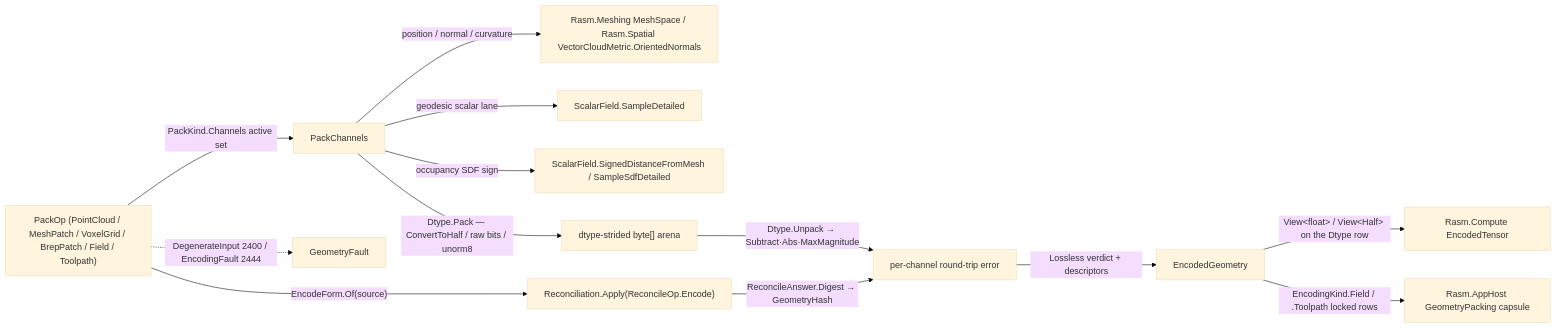
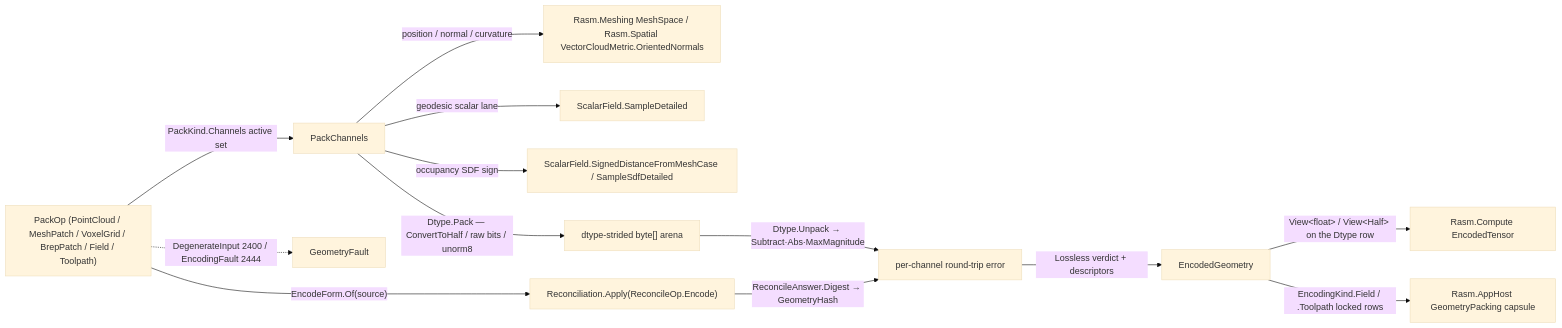
One commit to bsamiee/Rasm changed the diagram in libs/csharp/Rasm/.planning/Drawing/pack.md. Above: the diagram before and after it, drawn with Mermaid (base theme). The commit also changed other lines of this file and 68 other files, not shown here.

````diff
--- a/libs/csharp/Rasm/.planning/Drawing/pack.md
+++ b/libs/csharp/Rasm/.planning/Drawing/pack.md
@@ -489,15 +490,15 @@
 ```mermaid
 flowchart LR
     PackOp["PackOp (PointCloud / MeshPatch / VoxelGrid / BrepPatch / Field / Toolpath)"] -->|PackKind.Channels active set| PackChannels
     PackChannels -->|position / normal / curvature| Kernel["Rasm.Meshing MeshSpace / Rasm.Spatial VectorCloudMetric.OrientedNormals"]
     PackChannels -->|geodesic scalar lane| Fields["ScalarField.SampleDetailed"]
-    PackChannels -->|occupancy SDF sign| Sdf["ScalarField.SignedDistanceFromMesh / SampleSdfDetailed"]
+    PackChannels -->|occupancy SDF sign| Sdf["ScalarField.SignedDistanceFromMeshCase / SampleSdfDetailed"]
     PackChannels -->|"Dtype.Pack — ConvertToHalf / raw bits / unorm8"| Payload["dtype-strided byte[] arena"]
     Payload -->|"Dtype.Unpack → Subtract·Abs·MaxMagnitude"| Witness["per-channel round-trip error"]
     PackOp -->|"EncodeForm.Of(source)"| Reconcile["Reconciliation.Apply(ReconcileOp.Encode)"]
     Reconcile -->|"ReconcileAnswer.Digest → GeometryHash"| Witness
     Witness -->|Lossless verdict + descriptors| EncodedGeometry
     EncodedGeometry -->|"View&lt;float&gt; / View&lt;Half&gt; on the Dtype row"| Compute["Rasm.Compute EncodedTensor"]
     EncodedGeometry -->|EncodingKind.Field / .Toolpath locked rows| AppHost["Rasm.AppHost GeometryPacking capsule"]
     PackOp -.->|"DegenerateInput 2400 / EncodingFault 2444"| GeometryFault
 ```
````
